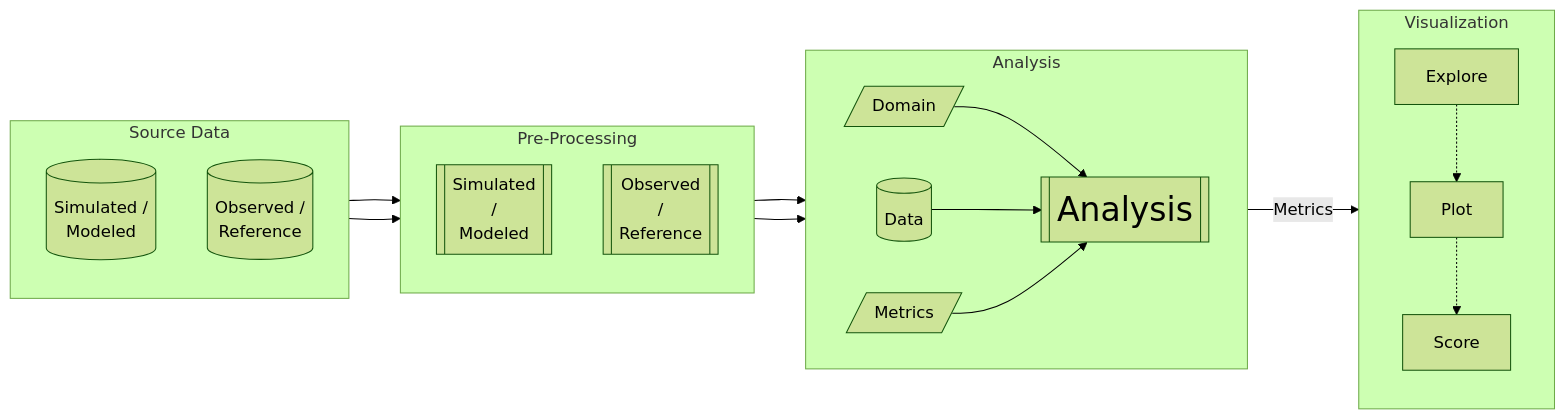
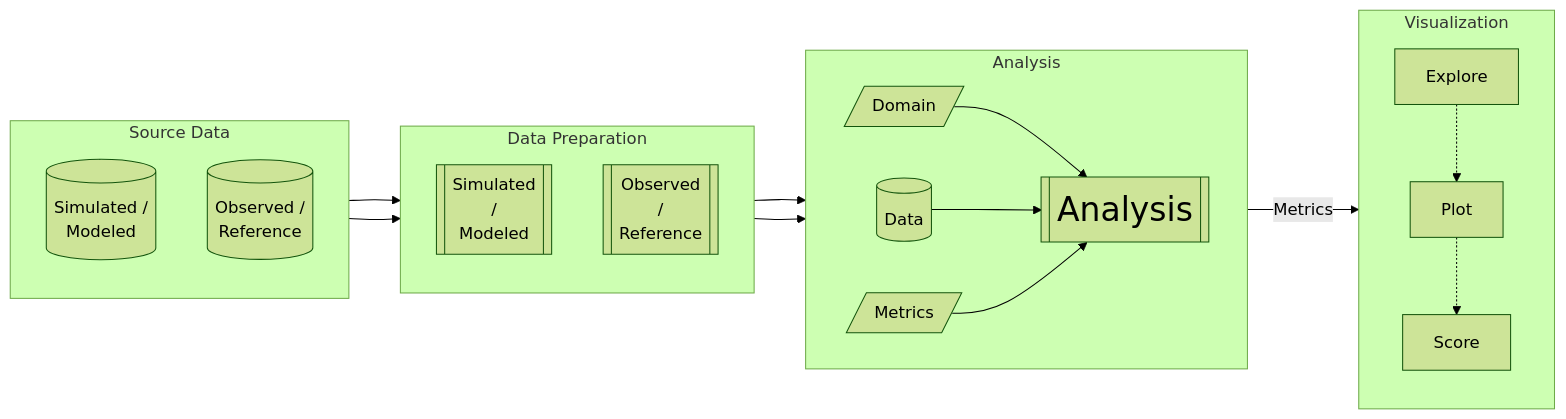
Before and after one commit to hytest-org/hytest: the diagram in model_evaluation/Overview.md, drawn with Mermaid (forest theme). The commit also changed other lines of this file and 9 other files, not shown here.

Commit message:
[#066]: diagrams

````diff
--- a/model_evaluation/Overview.md
+++ b/model_evaluation/Overview.md
@@ -7,41 +7,41 @@
 ```mermaid
 flowchart LR
     classDef thisStep fill:#ff0,stroke:#333,stroke-width:2px;
 
     subgraph Src[Source Data]
         direction TB
         SIM[(Simulated /<br>Modeled)]
         OBS[(Observed /<br>Reference)]
     end
-    subgraph PreProc [Pre-Processing]
+    subgraph PreProc [Data Preparation]
         direction TB
         SIM_r[[Simulated<br>/<br>Modeled<br>]]
         OBS_r[[Observed<br>/<br>Reference]]
     end
     subgraph Analysis
         direction LR
         Metrics[/Metrics/]
         Domain[/Domain/]
         Data[("Data")]
         Analysis_r[[<font size=6>Analysis]] 
         Domain --> Analysis_r
         Data --> Analysis_r
         Metrics --> Analysis_r
     end
     subgraph Viz [Visualization]
         direction TB
         Explore
         Plot
         Score
         Explore-.->Plot-.->Score
     end
     SIM --> SIM_r
     OBS --> OBS_r
     SIM_r --> Data
     OBS_r --> Data
     Analysis_r --"Metrics"--> Viz
     
     %% change 'Src' to the node name you want to highlight
     %% Src | PreProc | Analysis | Viz
     %%class Src thisStep
 ```
````
